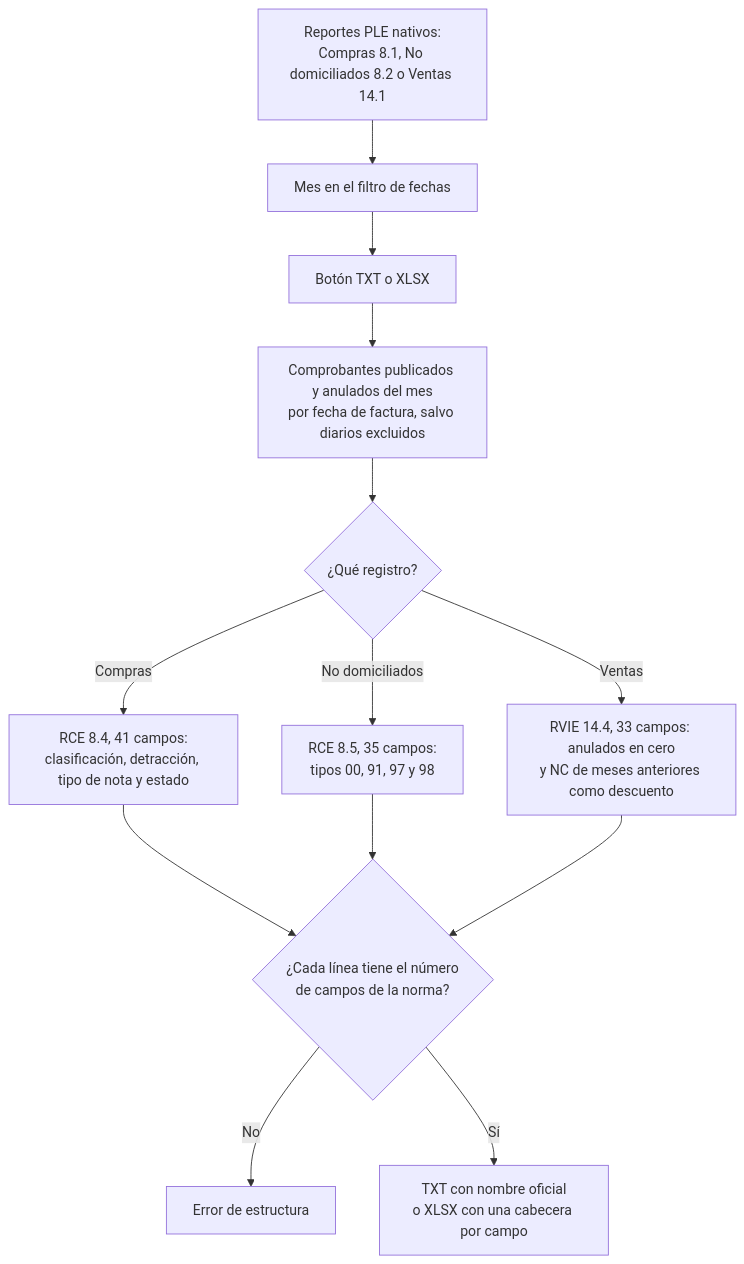
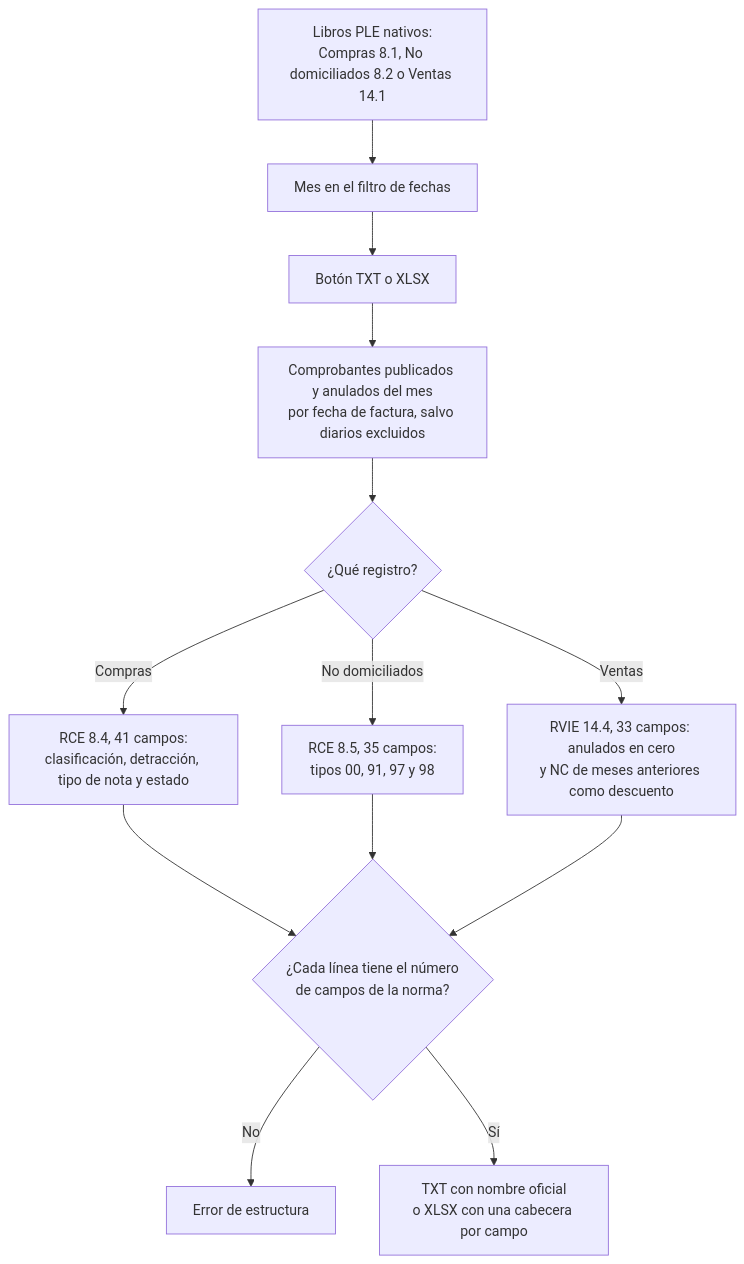
Before and after one commit to olanoit/ol_new_apps: the diagram in OL-ACCOUNTING/al_l10n_pe_ple/static/description/diagramas/sire.mmd, drawn with Mermaid. The commit also changed 251 other files, not shown here.

```diff
--- a/OL-ACCOUNTING/al_l10n_pe_ple/static/description/diagramas/sire.mmd
+++ b/OL-ACCOUNTING/al_l10n_pe_ple/static/description/diagramas/sire.mmd
@@ -1,13 +1,13 @@
 flowchart TD
-  A[Reportes PLE nativos:<br/>Compras 8.1, No domiciliados 8.2 o Ventas 14.1] --> B[Mes en el filtro de fechas]
+  A[Libros PLE nativos:<br/>Compras 8.1, No domiciliados 8.2 o Ventas 14.1] --> B[Mes en el filtro de fechas]
   B --> C[Botón TXT o XLSX]
   C --> D[Comprobantes publicados y anulados del mes<br/>por fecha de factura, salvo diarios excluidos]
   D --> E{¿Qué registro?}
   E -- "Compras" --> F[RCE 8.4, 41 campos:<br/>clasificación, detracción, tipo de nota y estado]
   E -- "No domiciliados" --> G[RCE 8.5, 35 campos:<br/>tipos 00, 91, 97 y 98]
   E -- "Ventas" --> H[RVIE 14.4, 33 campos: anulados en cero<br/>y NC de meses anteriores como descuento]
   F --> I{¿Cada línea tiene el número<br/>de campos de la norma?}
   G --> I
   H --> I
   I -- No --> X[Error de estructura]
   I -- Sí --> J[TXT con nombre oficial<br/>o XLSX con una cabecera por campo]
```
